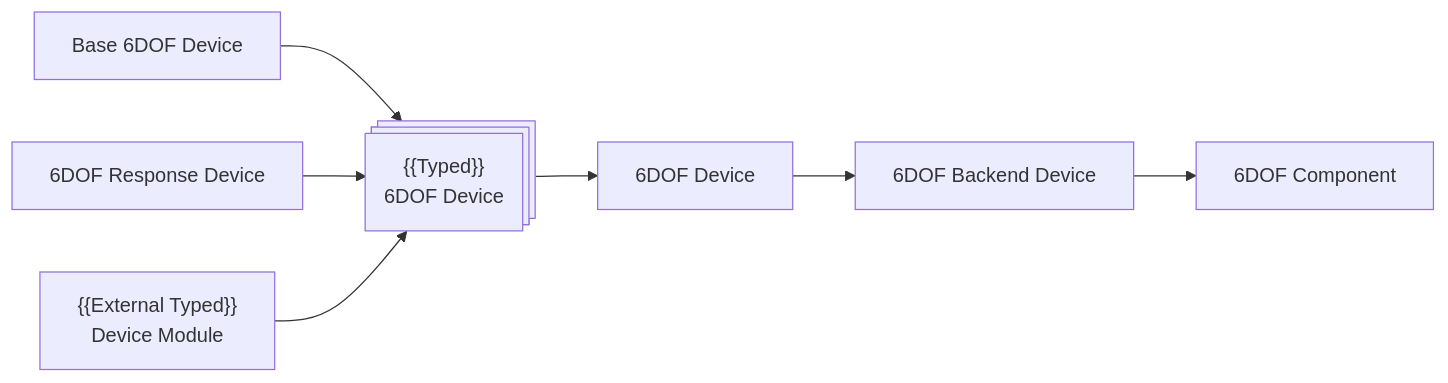
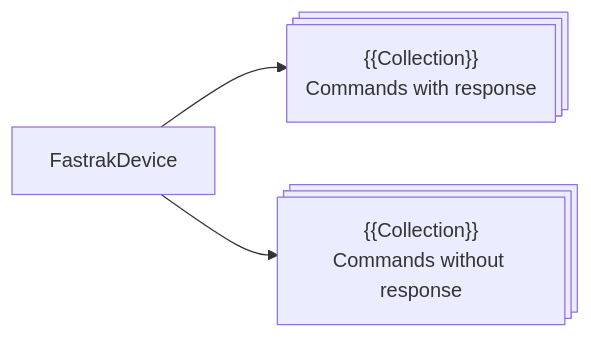
One commit to Nontrivial-Solutions/fastrak-serial-driver changed the second of 3 diagrams in docs/README.md. Above: the diagram before and after it, drawn with Mermaid. The commit also changed other lines of this file and 30 other files, not shown here.

````diff
--- a/docs/README.md
+++ b/docs/README.md
@@ -227,17 +238,9 @@
 ```mermaid
 flowchart LR
-    sdofc["6DOF Component"]
-    bsdofd["Base 6DOF Device"]
-    sdofbd["6DOF Backend Device"]
-    sdofd["6DOF Device"]
-    sdofrd["6DOF Response Device"]
-    tsdofd@{ shape: processes, label: "{{Typed}}<br>6DOF Device" }
-    external["{{External Typed}}<br>Device Module"]
+    device["FastrakDevice"]
+    cwr@{ shape: processes, label: "{{Collection}}<br>Commands with response" }
+    cwor@{ shape: processes, label: "{{Collection}}<br>Commands without response" }
 
-    sdofbd --> sdofc
-    sdofd --> sdofbd
-    tsdofd  --> sdofd
-    bsdofd --> tsdofd 
-    sdofrd --> tsdofd 
-    external --> tsdofd
+    device--> cwr
+    device --> cwor 
 ```
````
